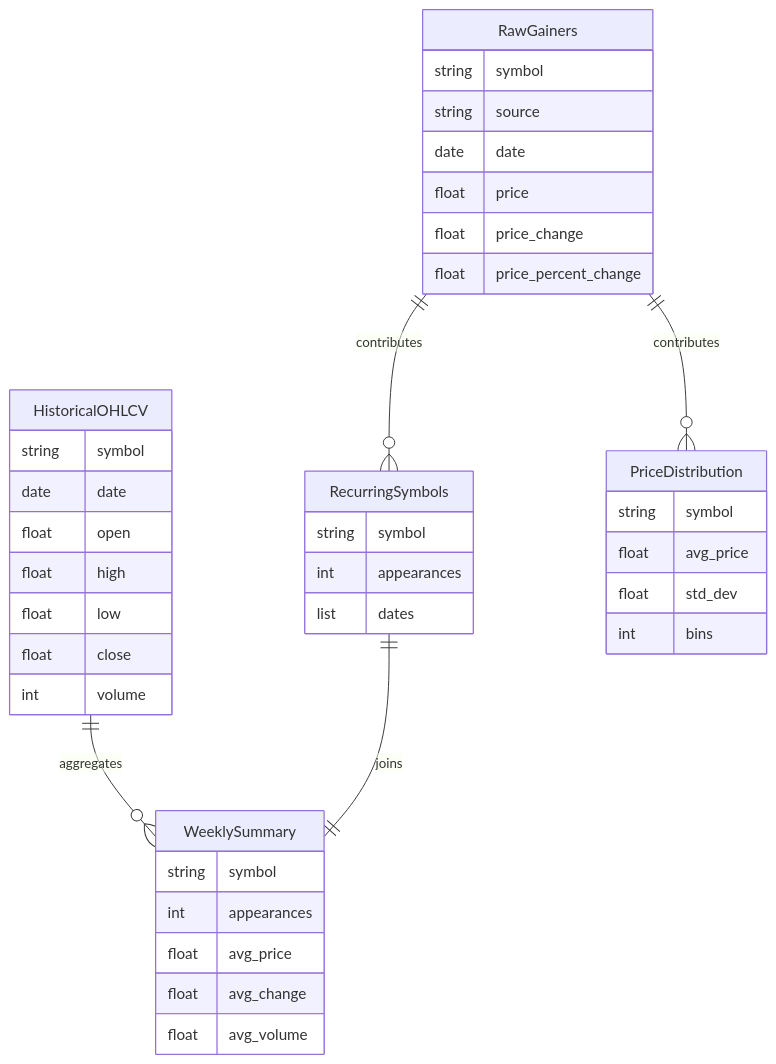
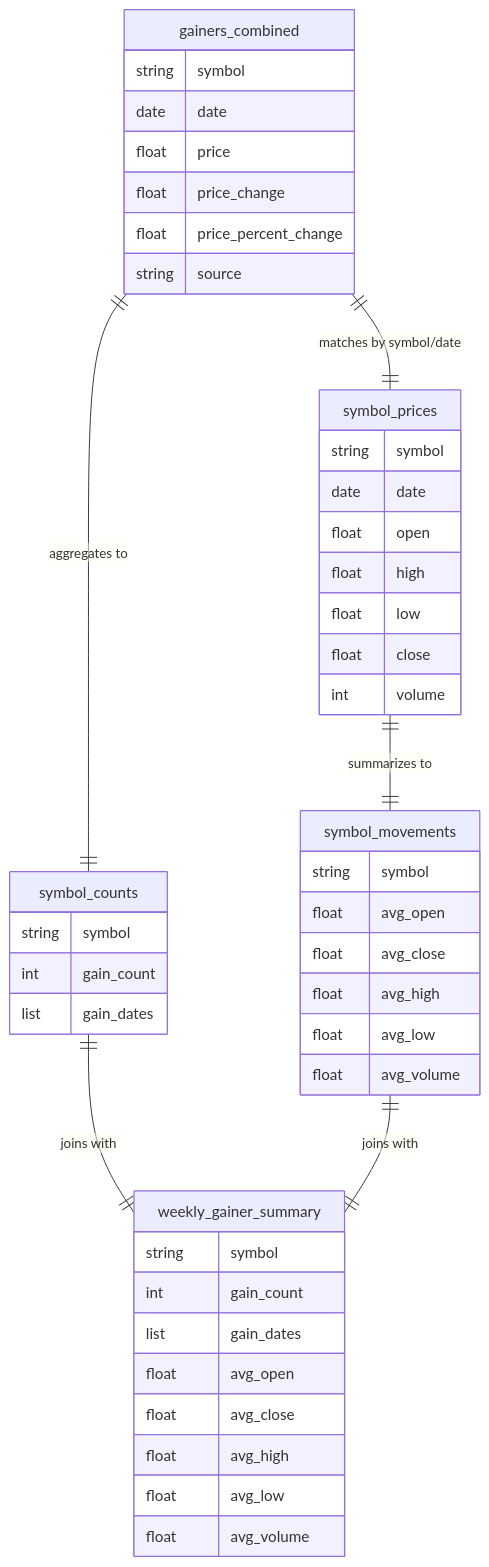
The diagram in erd.md (DevlinBridges/SP25_DS5111_cbv6gd), drawn with Mermaid before and after one commit. The commit also changed other lines of this file, not shown here.

Commit message:
Update erd.md
Updated ERD.

````diff
--- a/erd.md
+++ b/erd.md
@@ -19,47 +21,53 @@
 ```mermaid
 erDiagram
-    RawGainers {
+    gainers_combined {
         string symbol
-        string source
         date date
         float price
         float price_change
         float price_percent_change
+        string source
     }
 
-    HistoricalOHLCV {
+    symbol_prices {
         string symbol
         date date
         float open
         float high
         float low
         float close
         int volume
     }
 
-    RecurringSymbols {
+    symbol_counts {
         string symbol
-        int appearances
-        list dates
+        int gain_count
+        list gain_dates
     }
 
-    PriceDistribution {
+    symbol_movements {
         string symbol
-        float avg_price
-        float std_dev
-        int bins
-    }
-
-    WeeklySummary {
-        string symbol
-        int appearances
-        float avg_price
-        float avg_change
+        float avg_open
+        float avg_close
+        float avg_high
+        float avg_low
         float avg_volume
     }
 
-    RawGainers ||--o{ RecurringSymbols : contributes
-    RawGainers ||--o{ PriceDistribution : contributes
-    HistoricalOHLCV ||--o{ WeeklySummary : aggregates
-    RecurringSymbols ||--|| WeeklySummary : joins
+    weekly_gainer_summary {
+        string symbol
+        int gain_count
+        list gain_dates
+        float avg_open
+        float avg_close
+        float avg_high
+        float avg_low
+        float avg_volume
+    }
+
+    gainers_combined ||--|| symbol_prices : "matches by symbol/date"
+    gainers_combined ||--|| symbol_counts : "aggregates to"
+    symbol_prices ||--|| symbol_movements : "summarizes to"
+    symbol_counts ||--|| weekly_gainer_summary : "joins with"
+    symbol_movements ||--|| weekly_gainer_summary : "joins with"
 ```
````
